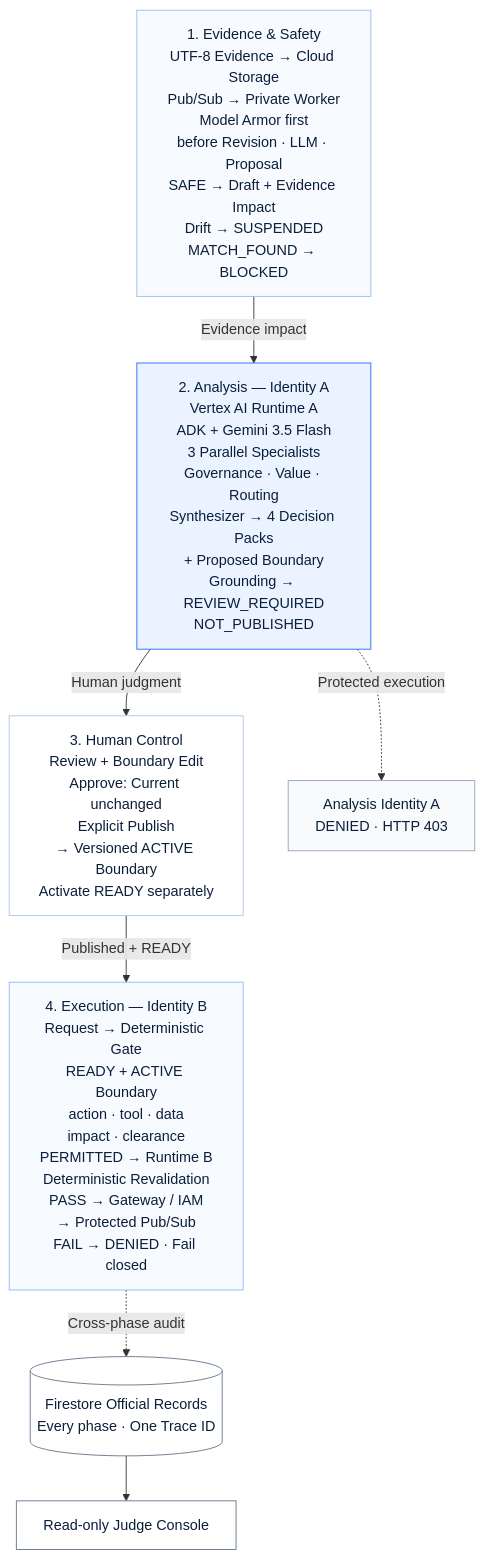
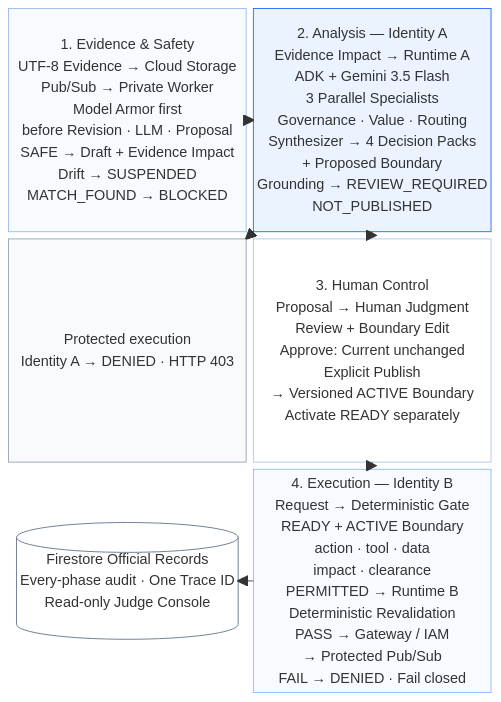
One commit to solidfdn/readinessops-agent-fleet-governance changed the diagram in README.md. Above: the diagram before and after it, drawn with Mermaid. The commit also changed 1 other file, not shown here.

Commit message:
Use polished three-row Mermaid architecture

````diff
--- a/README.md
+++ b/README.md
@@ -229,35 +229,31 @@
 ```mermaid
-flowchart TB
+block
+  columns 2
+
   E["1. Evidence & Safety<br/>UTF-8 Evidence → Cloud Storage<br/>Pub/Sub → Private Worker<br/>Model Armor first<br/>before Revision · LLM · Proposal<br/>SAFE → Draft + Evidence Impact<br/>Drift → SUSPENDED<br/>MATCH_FOUND → BLOCKED"]
-
-  A["2. Analysis — Identity A<br/>Vertex AI Runtime A<br/>ADK + Gemini 3.5 Flash<br/>3 Parallel Specialists<br/>Governance · Value · Routing<br/>Synthesizer → 4 Decision Packs<br/>+ Proposed Boundary<br/>Grounding → REVIEW_REQUIRED<br/>NOT_PUBLISHED"]
-
-  H["3. Human Control<br/>Review + Boundary Edit<br/>Approve: Current unchanged<br/>Explicit Publish<br/>→ Versioned ACTIVE Boundary<br/>Activate READY separately"]
-
+  A["2. Analysis — Identity A<br/>Evidence Impact → Runtime A<br/>ADK + Gemini 3.5 Flash<br/>3 Parallel Specialists<br/>Governance · Value · Routing<br/>Synthesizer → 4 Decision Packs<br/>+ Proposed Boundary<br/>Grounding → REVIEW_REQUIRED<br/>NOT_PUBLISHED"]
+  IAD["Protected execution<br/>Identity A → DENIED · HTTP 403"]
+  H["3. Human Control<br/>Proposal → Human Judgment<br/>Review + Boundary Edit<br/>Approve: Current unchanged<br/>Explicit Publish<br/>→ Versioned ACTIVE Boundary<br/>Activate READY separately"]
+  FSJ[("Firestore Official Records<br/>Every-phase audit · One Trace ID<br/>Read-only Judge Console")]
   X["4. Execution — Identity B<br/>Request → Deterministic Gate<br/>READY + ACTIVE Boundary<br/>action · tool · data<br/>impact · clearance<br/>PERMITTED → Runtime B<br/>Deterministic Revalidation<br/>PASS → Gateway / IAM<br/>→ Protected Pub/Sub<br/>FAIL → DENIED · Fail closed"]
 
-  E -->|Evidence impact| A
-  A -->|Human judgment| H
-  H -->|Published + READY| X
-  A -.->|Protected execution| IAD["Analysis Identity A<br/>DENIED · HTTP 403"]
-
-  FS[("Firestore Official Records<br/>Every phase · One Trace ID")]
-  JUDGE["Read-only Judge Console"]
-
-  X -.->|Cross-phase audit| FS
-  FS --> JUDGE
+  E --> A
+  A --> H
+  H --> X
+  A --> IAD
+  X --> FSJ
 
   classDef security fill:#F7FAFF,stroke:#9ABCF2,color:#0B1F3A;
   classDef blocked fill:#F8FAFC,stroke:#94A3B8,color:#0B1F3A;
   classDef governance fill:#EAF3FF,stroke:#246BFD,color:#0B1F3A;
   classDef human fill:#FFFFFF,stroke:#AFC7EA,color:#0B1F3A;
   classDef execution fill:#F7FAFF,stroke:#8FB8FF,color:#0B1F3A;
   classDef record fill:#FFFFFF,stroke:#64748B,color:#0B1F3A;
 
-  class E security;
-  class IAD blocked;
-  class A governance;
-  class H human;
-  class X execution;
-  class FS,JUDGE record;
+  class E security
+  class IAD blocked
+  class A governance
+  class H human
+  class X execution
+  class FSJ record
 ```
````
